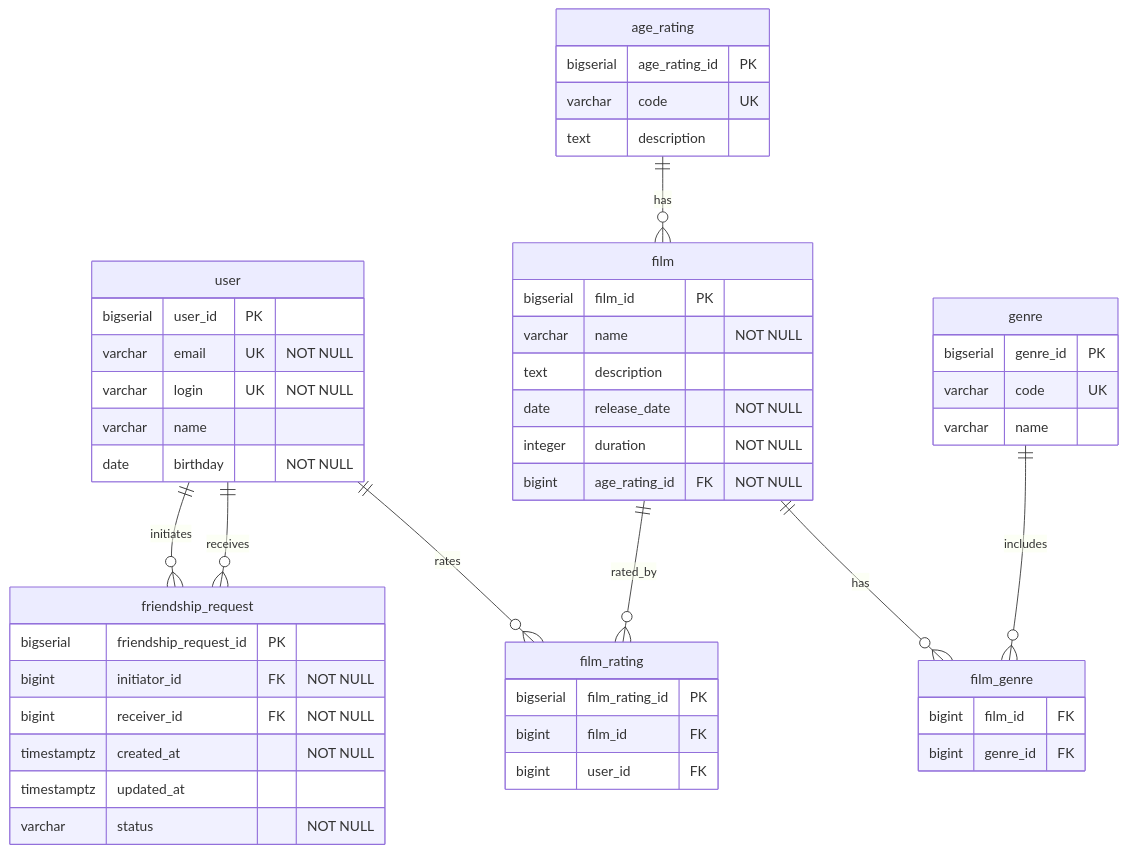
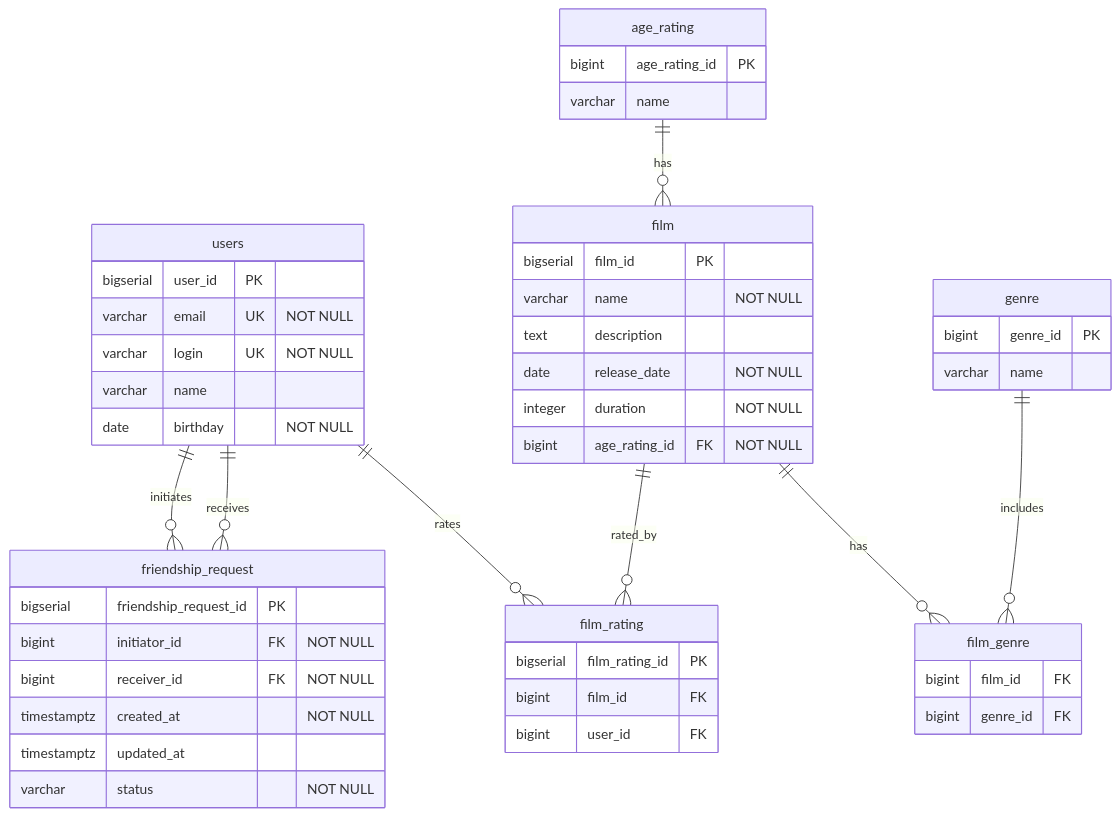
One commit to wallnnut/java-filmorate changed the diagram in README.md. Above: the diagram before and after it, drawn with Mermaid. The commit also changed other lines of this file and 1 other file, not shown here.

Commit message:
update readme and db schemas

````diff
--- a/README.md
+++ b/README.md
@@ -7,59 +7,57 @@
 ```mermaid
 erDiagram
-    user ||--o{ film_rating: "rates"
+    users ||--o{ film_rating: "rates"
     film ||--o{ film_rating: "rated_by"
-    user ||--o{ friendship_request: "initiates"
-    user ||--o{ friendship_request: "receives"
+    users ||--o{ friendship_request: "initiates"
+    users ||--o{ friendship_request: "receives"
     age_rating ||--o{ film: "has"
     film ||--o{ film_genre: "has"
     genre ||--o{ film_genre: "includes"
 
-    user {
+    users {
         bigserial user_id PK
         varchar email UK "NOT NULL"
         varchar login UK "NOT NULL"
         varchar name
         date birthday "NOT NULL"
     }
 
     film {
         bigserial film_id PK
         varchar name "NOT NULL"
         text description
         date release_date "NOT NULL"
         integer duration "NOT NULL"
         bigint age_rating_id FK "NOT NULL"
     }
 
     genre {
-        bigserial genre_id PK
-        varchar code UK
+        bigint genre_id PK
         varchar name
     }
 
     age_rating {
-        bigserial age_rating_id PK
-        varchar code UK
-        text description
+        bigint age_rating_id PK
+        varchar name
     }
 
     film_genre {
         bigint film_id FK
         bigint genre_id FK
     }
 
     friendship_request {
         bigserial friendship_request_id PK
         bigint initiator_id FK "NOT NULL"
         bigint receiver_id FK "NOT NULL"
         timestamptz created_at "NOT NULL"
         timestamptz updated_at
         varchar status "NOT NULL"
     }
 
     film_rating {
         bigserial film_rating_id PK
         bigint film_id FK
         bigint user_id FK
     }
 ```
````
